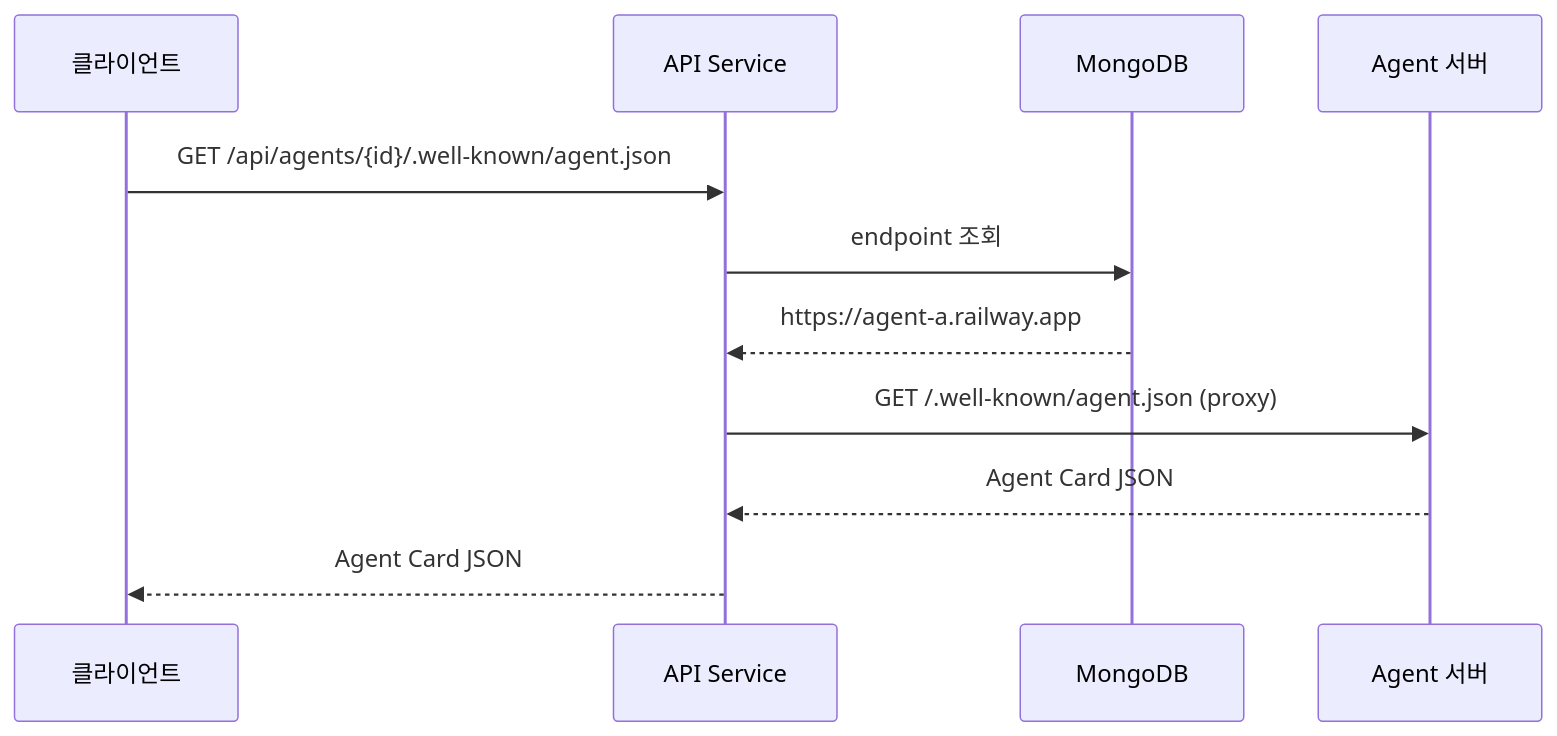
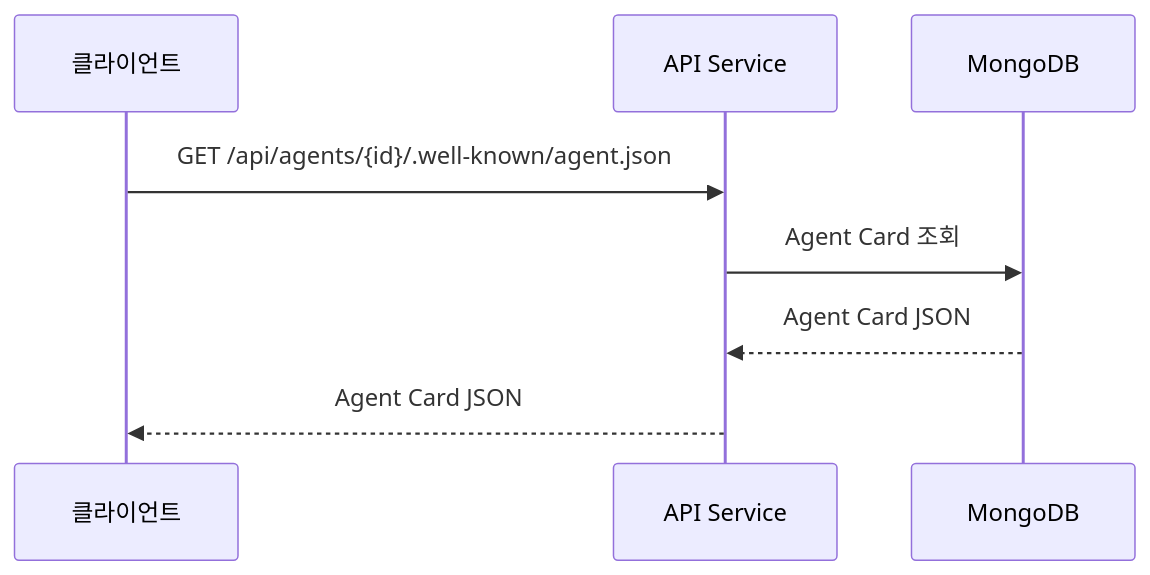
Before and after one commit to genie49/bara-world: the second of 3 diagrams in docs/spec/api/agent-registry.md, drawn with Mermaid. The commit also changed other lines of this file and 4 other files, not shown here.

````diff
--- a/docs/spec/api/agent-registry.md
+++ b/docs/spec/api/agent-registry.md
@@ -117,14 +117,11 @@
 ```mermaid
 sequenceDiagram
     participant C as 클라이언트
     participant R as API Service
     participant Mongo as MongoDB
-    participant A as Agent 서버
 
     C->>R: GET /api/agents/{id}/.well-known/agent.json
-    R->>Mongo: endpoint 조회
-    Mongo-->>R: https://agent-a.railway.app
-    R->>A: GET /.well-known/agent.json (proxy)
-    A-->>R: Agent Card JSON
+    R->>Mongo: Agent Card 조회
+    Mongo-->>R: Agent Card JSON
     R-->>C: Agent Card JSON
 ```
````
